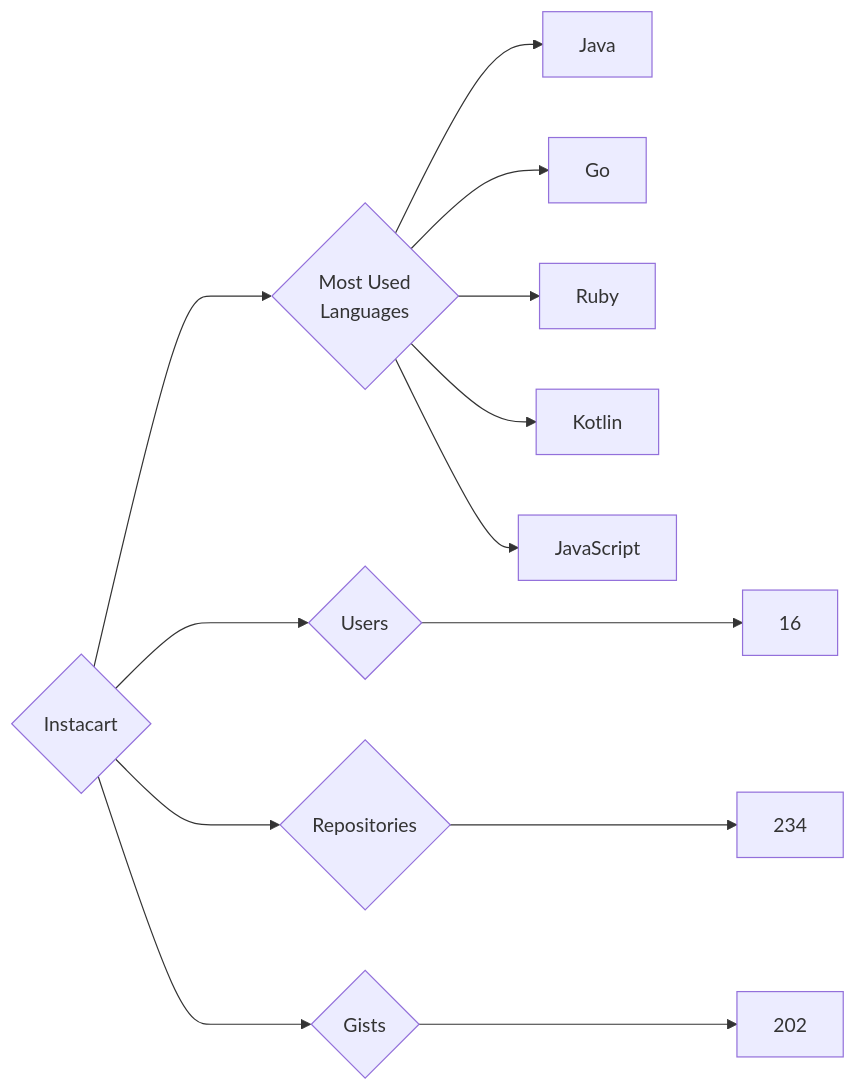
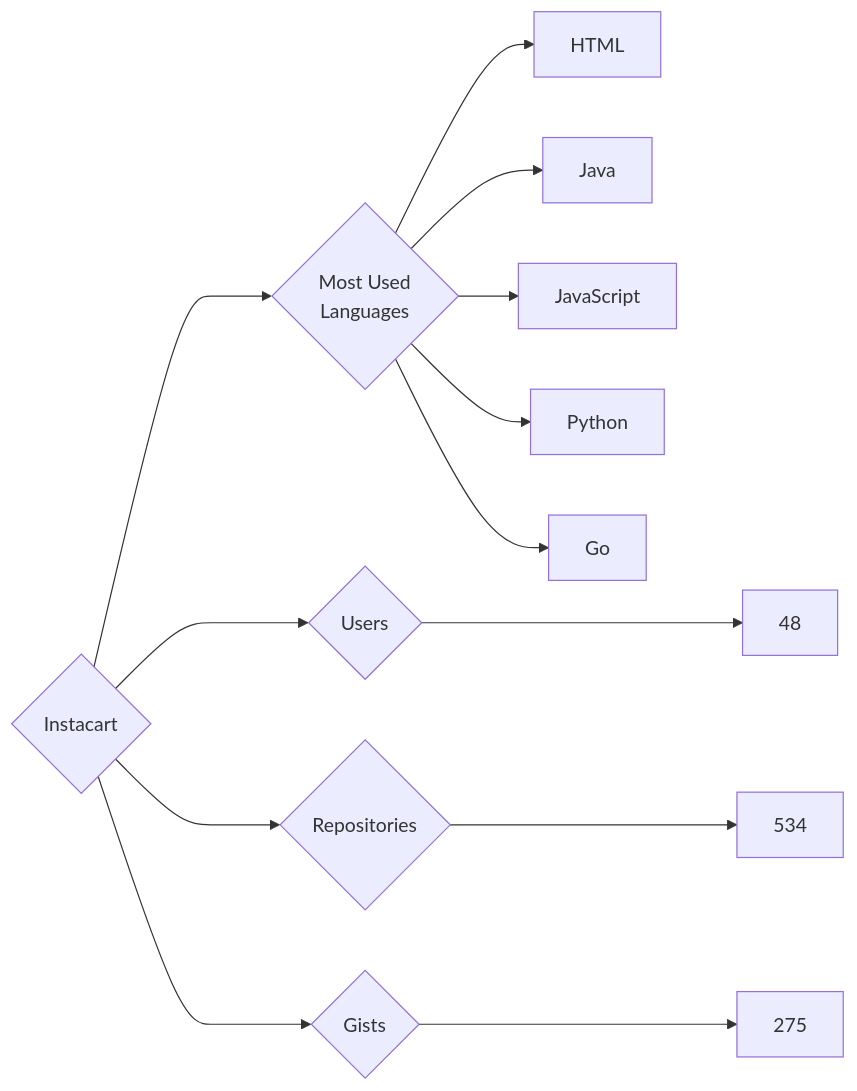
The diagram in targets/Instacart/README.md (trickest/insiders), drawn with Mermaid before and after one commit. The commit also changed 622 other files, not shown here.

````diff
--- a/targets/Instacart/README.md
+++ b/targets/Instacart/README.md
@@ -3,13 +3,13 @@
 ```mermaid
 graph LR
 COMPANY_NAME{Instacart}
-COMPANY_NAME ---> U{Users} ---> UN[16]
-COMPANY_NAME ---> R{Repositories} ---> RN[234]
-COMPANY_NAME ---> G{Gists} ---> GN[202]
+COMPANY_NAME ---> U{Users} ---> UN[48]
+COMPANY_NAME ---> R{Repositories} ---> RN[534]
+COMPANY_NAME ---> G{Gists} ---> GN[275]
 COMPANY_NAME ---> ML{Most Used<br>Languages}
+ML --> HTML[HTML]
 ML --> Java[Java]
+ML --> JavaScript[JavaScript]
+ML --> Python[Python]
 ML --> Go[Go]
-ML --> Ruby[Ruby]
-ML --> Kotlin[Kotlin]
-ML --> JavaScript[JavaScript]
 ```
````
